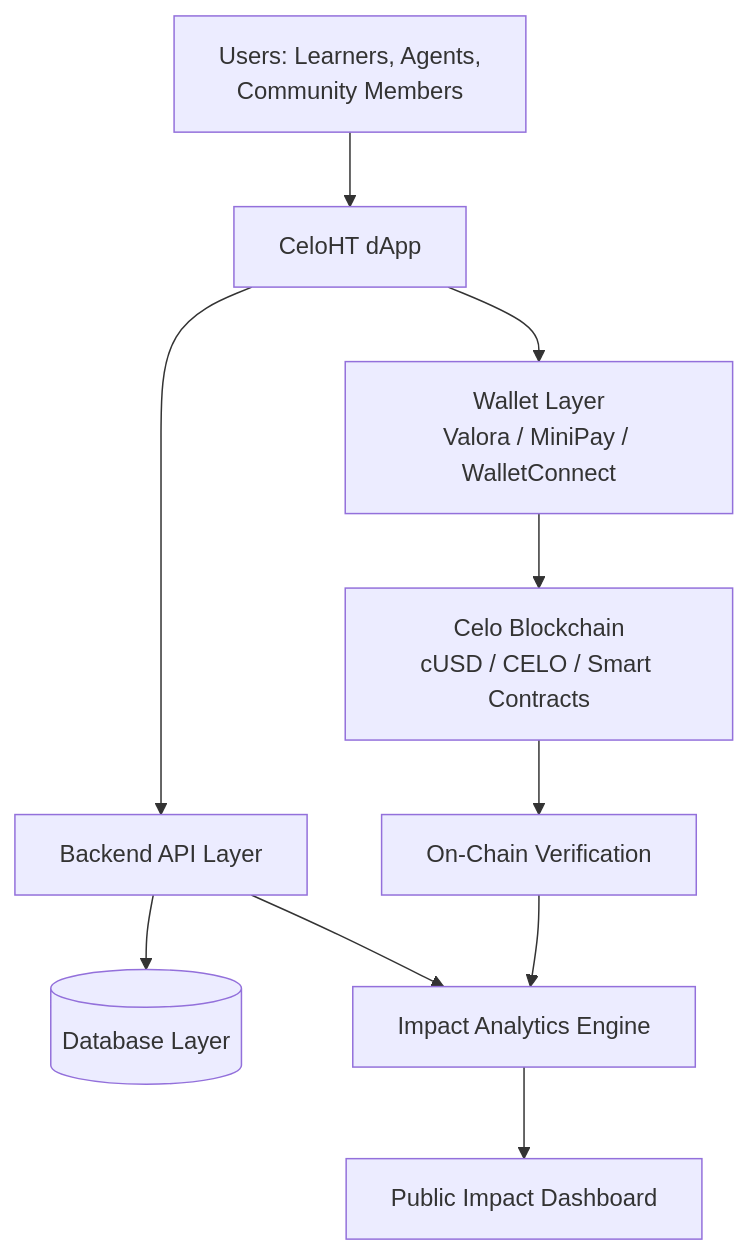
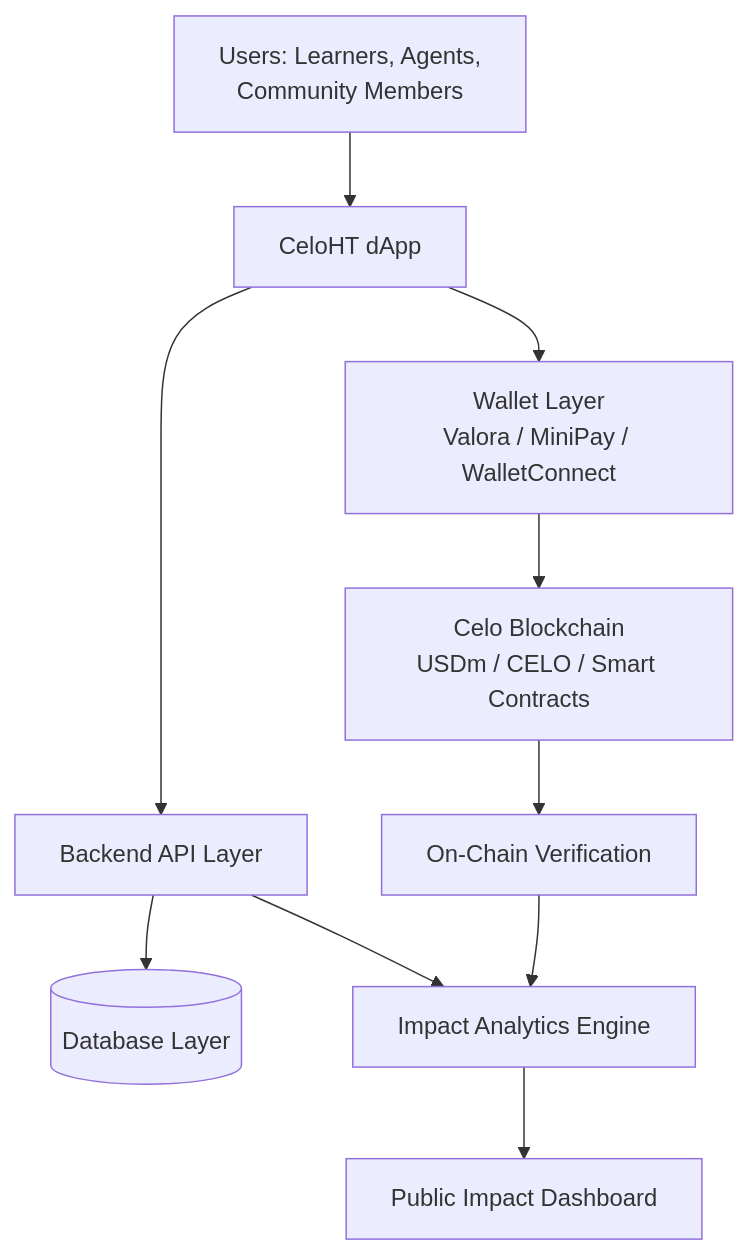
Before and after one commit to Celo-HaiTi/CeloHT: the fifth of 21 diagrams in WHITEPAPER.md, drawn with Mermaid. The commit also changed other lines of this file and 46 other files, not shown here.

Commit message:
Migrate cUSD terminology to USDm

````diff
--- a/WHITEPAPER.md
+++ b/WHITEPAPER.md
@@ -424,12 +424,12 @@
 ```mermaid
 graph TD
     U[Users: Learners, Agents,<br/>Community Members] --> DAPP[CeloHT dApp]
     DAPP --> WALLET[Wallet Layer<br/>Valora / MiniPay / WalletConnect]
-    WALLET --> CHAIN[Celo Blockchain<br/>cUSD / CELO / Smart Contracts]
+    WALLET --> CHAIN[Celo Blockchain<br/>USDm / CELO / Smart Contracts]
     DAPP --> API[Backend API Layer]
     API --> DB[(Database Layer)]
     API --> ANALYTICS[Impact Analytics Engine]
     CHAIN --> VERIFY[On-Chain Verification]
     VERIFY --> ANALYTICS
     ANALYTICS --> DASH[Public Impact Dashboard]
 ```
````
